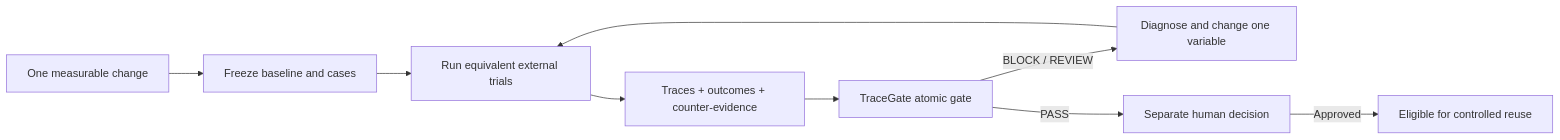
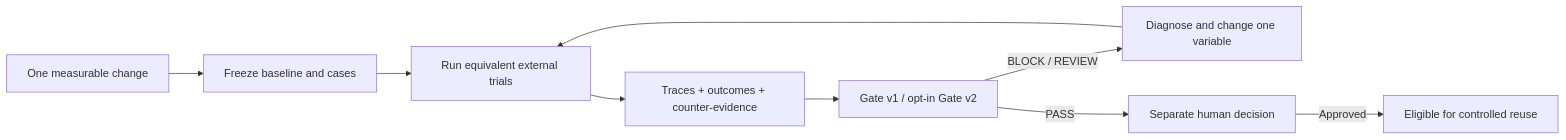
The first of 2 diagrams in README.md (kingggg5/awe-tracegate), drawn with Mermaid before and after one commit. The commit also changed other lines of this file and 85 other files, not shown here.

````diff
--- a/README.md
+++ b/README.md
@@ -171,11 +528,11 @@
 ```mermaid
 flowchart LR
     Goal["One measurable change"] --> Baseline["Freeze baseline and cases"]
     Baseline --> Trials["Run equivalent external trials"]
     Trials --> Evidence["Traces + outcomes + counter-evidence"]
-    Evidence --> Gate["TraceGate atomic gate"]
+    Evidence --> Gate["Gate v1 / opt-in Gate v2"]
     Gate -->|"BLOCK / REVIEW"| Learn["Diagnose and change one variable"]
     Learn --> Trials
     Gate -->|"PASS"| Human["Separate human decision"]
     Human -->|"Approved"| Reuse["Eligible for controlled reuse"]
 ```
````
